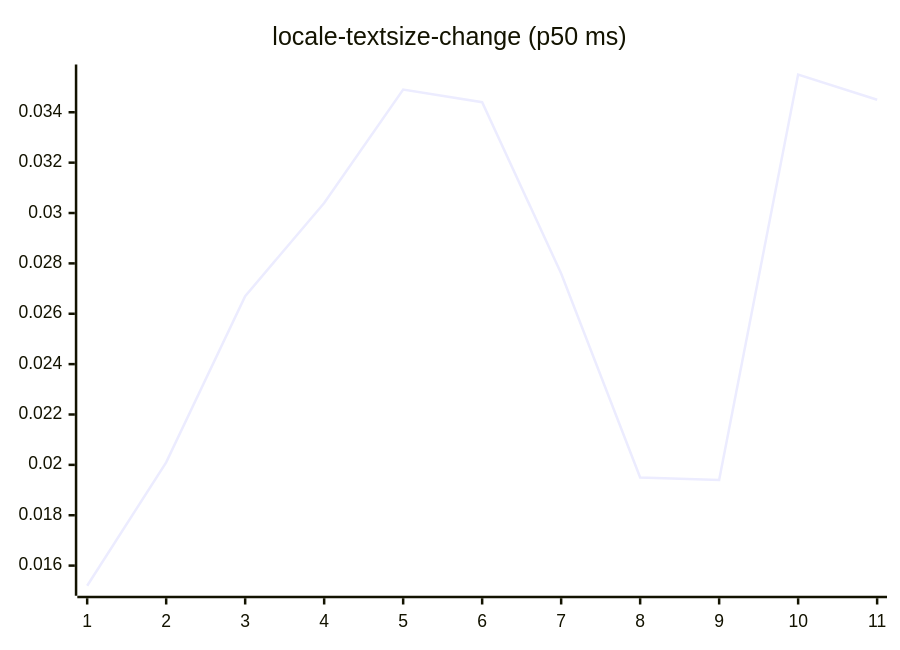
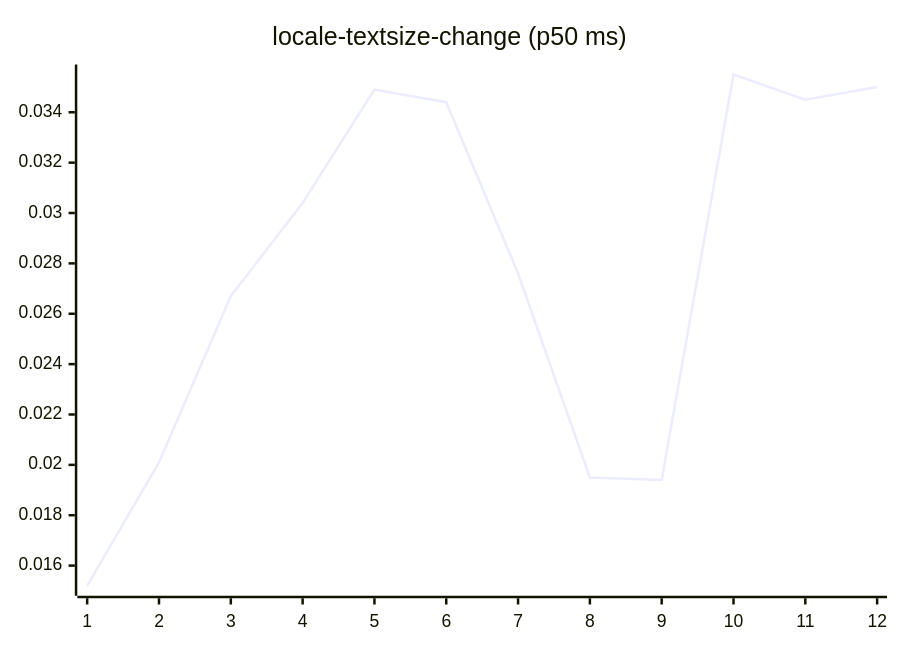
Before and after one commit to josha/Facet: diagram 13 of 27 in README.md, drawn with Mermaid. The commit also changed other lines of this file and 2 other files, not shown here.

````diff
--- a/README.md
+++ b/README.md
@@ -147,6 +147,6 @@
 ```mermaid
 xychart-beta
     title "locale-textsize-change (p50 ms)"
-    x-axis 1 --> 11
-    line [0.0152, 0.0201, 0.0267, 0.0304, 0.0349, 0.0344, 0.0276, 0.0195, 0.0194, 0.0355, 0.0345]
+    x-axis 1 --> 12
+    line [0.0152, 0.0201, 0.0267, 0.0304, 0.0349, 0.0344, 0.0276, 0.0195, 0.0194, 0.0355, 0.0345, 0.0350]
 ```
````
